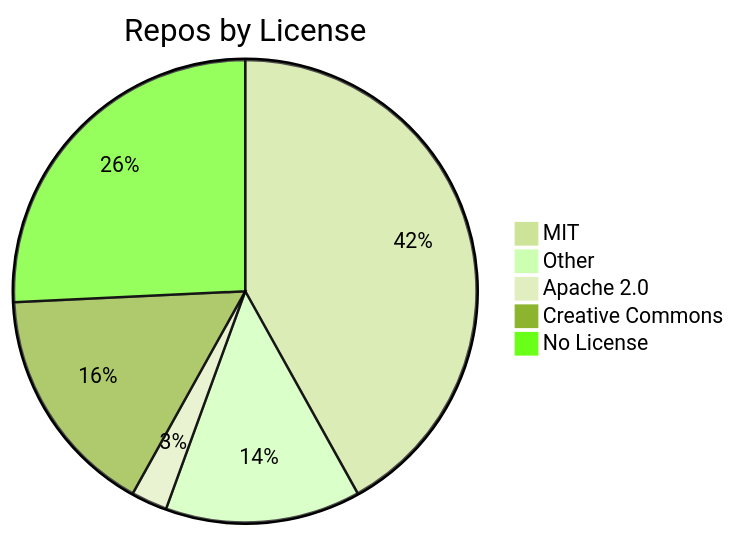
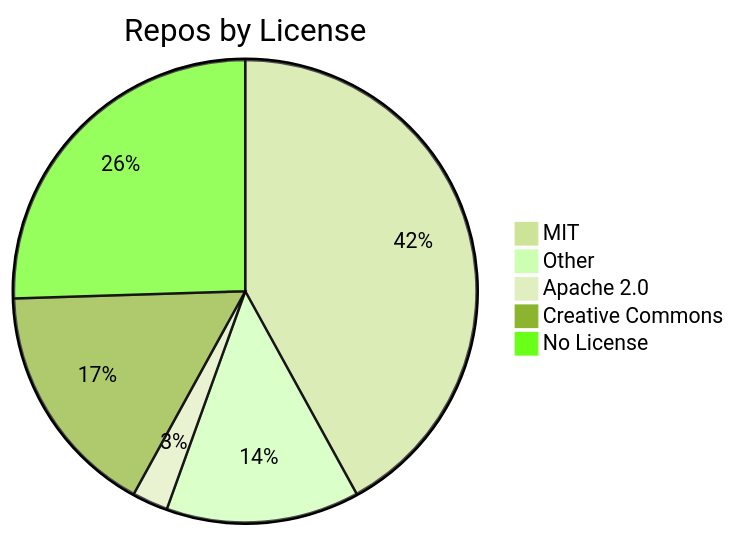
The diagram in README.md (jpatterson933/awesome-mcp-server-repo-index), drawn with Mermaid (forest theme) before and after one commit. The commit also changed other lines of this file and 7 other files, not shown here.

````diff
--- a/README.md
+++ b/README.md
@@ -31,8 +31,8 @@
 ```mermaid
 pie title Repos by License
-    "MIT" : 83
+    "MIT" : 84
     "Other" : 27
     "Apache 2.0" : 5
-    "Creative Commons" : 32
+    "Creative Commons" : 33
     "No License" : 51
 ```
````
